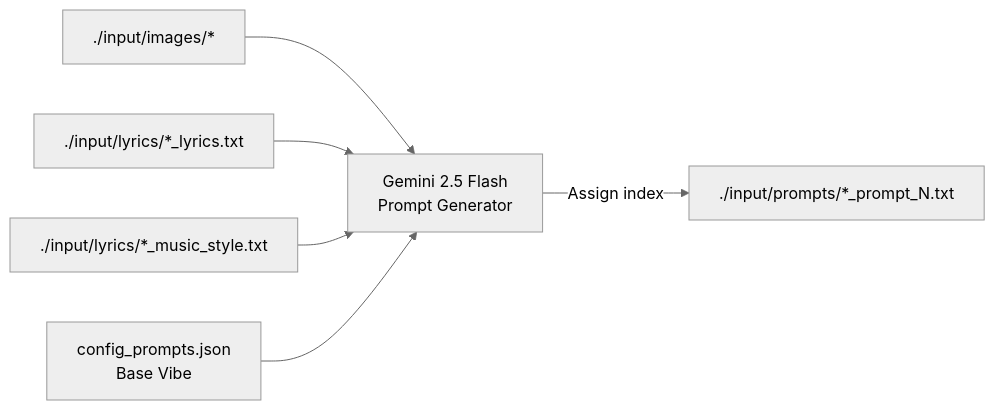
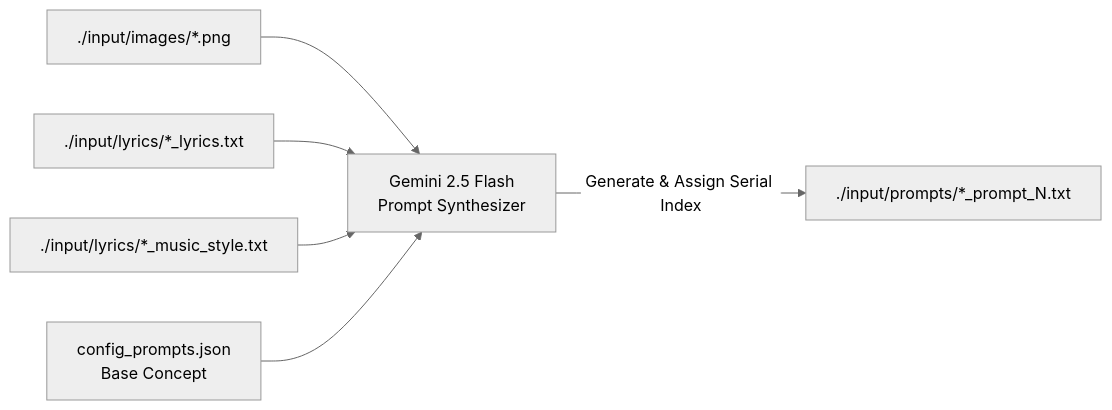
One commit to electronicnomad/stage-backdrops changed the fourth of 6 diagrams in ARCHITECTURE.md. Above: the diagram before and after it, drawn with Mermaid. The commit also changed other lines of this file, not shown here.

Commit message:
docs: update ARCHITECTURE.md to bilingual Korean/English specification

````diff
--- a/ARCHITECTURE.md
+++ b/ARCHITECTURE.md
@@ -120,9 +145,10 @@
 ```mermaid
 %%{init: {'theme': 'neutral'}}%%
 flowchart LR
-    IMG["./input/images/*"] --> GEN["Gemini 2.5 Flash<br>Prompt Generator"]
-    LYRICS["./input/lyrics/*_lyrics.txt"] --> GEN
-    STYLE["./input/lyrics/*_music_style.txt"] --> GEN
-    CONF["config_prompts.json<br>Base Vibe"] --> GEN
-    GEN -->|Assign index| PROMPT["./input/prompts/*_prompt_N.txt"]
+    IMG["./input/images/*.png"] --> GEM["Gemini 2.5 Flash <br> Prompt Synthesizer"]
+    LYRICS["./input/lyrics/*_lyrics.txt"] --> GEM
+    STYLE["./input/lyrics/*_music_style.txt"] --> GEM
+    CONFIG["config_prompts.json <br> Base Concept"] --> GEM
+    
+    GEM -->|Generate & Assign Serial Index| ARCHIVE["./input/prompts/*_prompt_N.txt"]
 ```
````
